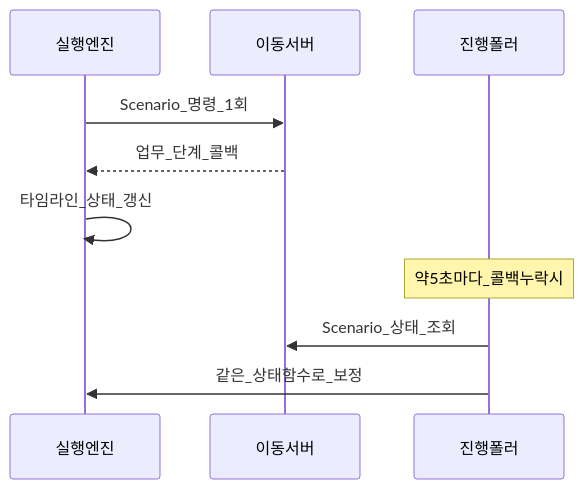
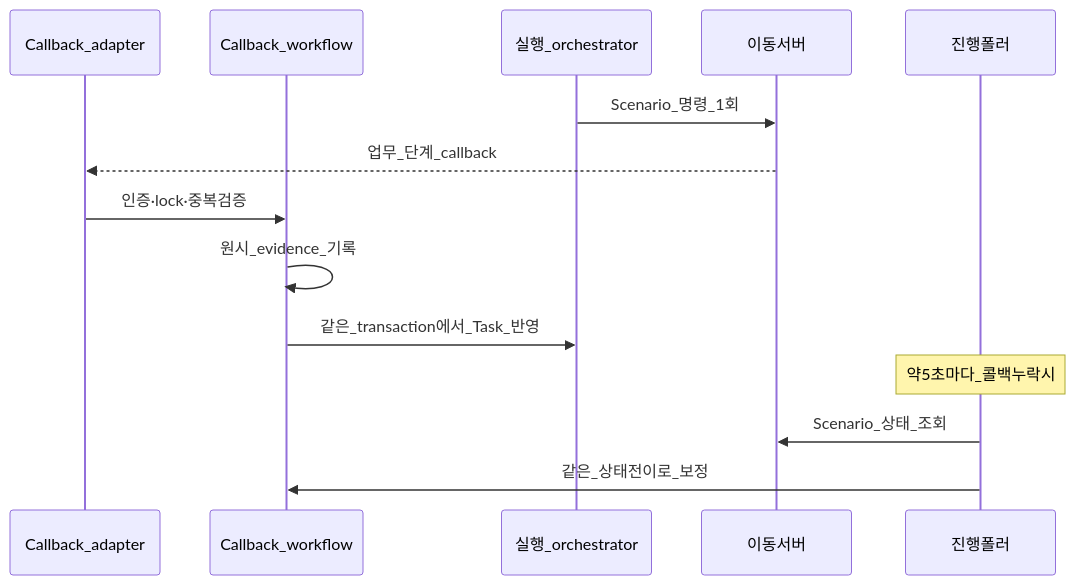
Before and after one commit to eduwing-robotics/ros2-ai-amr-repo3: the eighth of 10 diagrams in main_server/docs/ARCHITECTURE.md, drawn with Mermaid. The commit also changed other lines of this file and 5 other files, not shown here.

````diff
--- a/main_server/docs/ARCHITECTURE.md
+++ b/main_server/docs/ARCHITECTURE.md
@@ -170,12 +173,16 @@
 ```mermaid
 sequenceDiagram
-  participant Orch as 실행엔진
+  participant Adapter as Callback_adapter
+  participant Flow as Callback_workflow
+  participant Orch as 실행_orchestrator
   participant Mov as 이동서버
   participant Poll as 진행폴러
   Orch->>Mov: Scenario_명령_1회
-  Mov-->>Orch: 업무_단계_콜백
-  Orch->>Orch: 타임라인_상태_갱신
+  Mov-->>Adapter: 업무_단계_callback
+  Adapter->>Flow: 인증·lock·중복검증
+  Flow->>Flow: 원시_evidence_기록
+  Flow->>Orch: 같은_transaction에서_Task_반영
   Note over Poll: 약5초마다_콜백누락시
   Poll->>Mov: Scenario_상태_조회
-  Poll->>Orch: 같은_상태함수로_보정
+  Poll->>Flow: 같은_상태전이로_보정
 ```
````
